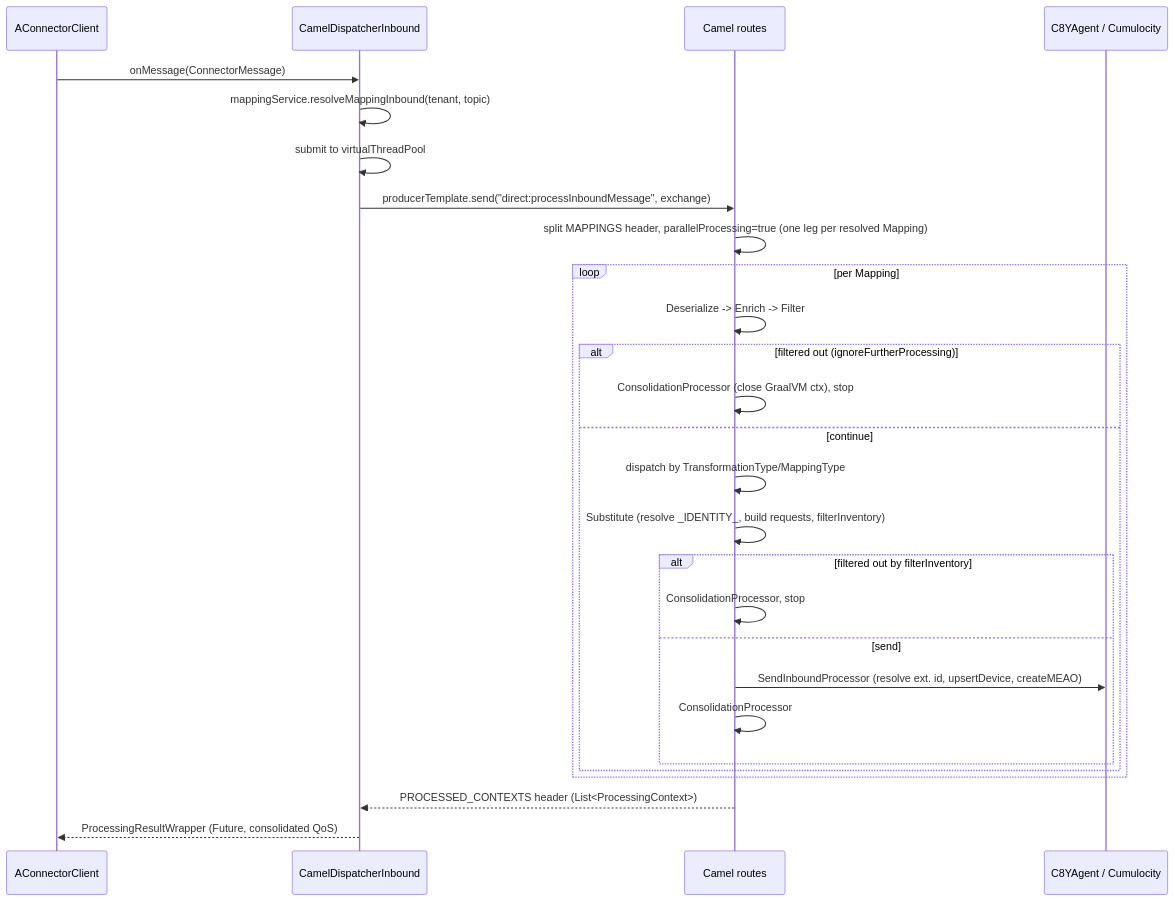
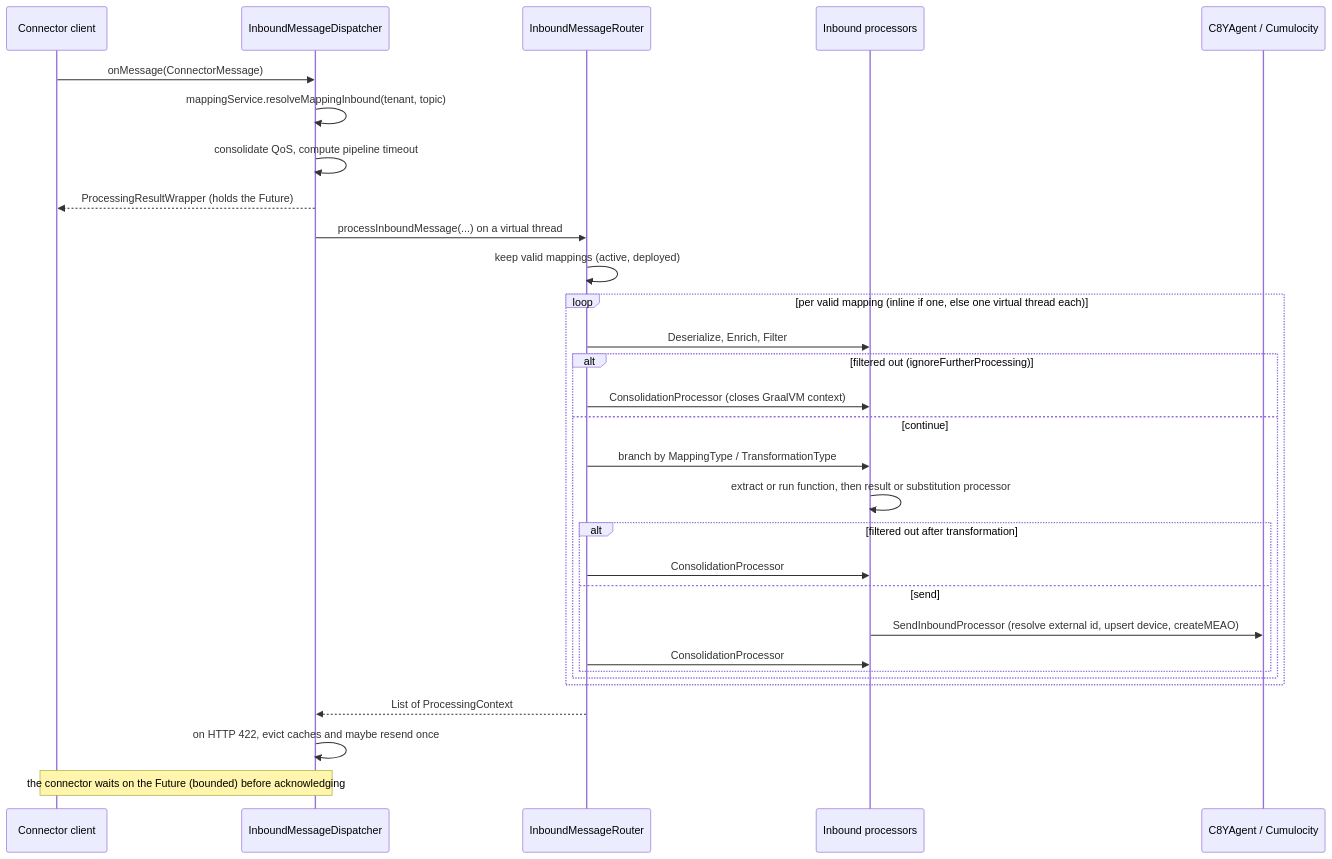
The first of 3 diagrams in docs/feature/mapping-processing-inbound.md (Cumulocity-IoT/cumulocity-dynamic-mapper), drawn with Mermaid before and after one commit. The commit also changed other lines of this file and 12 other files, not shown here.

````diff
--- a/docs/feature/mapping-processing-inbound.md
+++ b/docs/feature/mapping-processing-inbound.md
@@ -58,30 +58,33 @@
 ```mermaid
 sequenceDiagram
-    participant Connector as AConnectorClient
-    participant Dispatcher as CamelDispatcherInbound
-    participant Camel as Camel routes
+    participant Connector as Connector client
+    participant Dispatcher as InboundMessageDispatcher
+    participant Router as InboundMessageRouter
+    participant Proc as Inbound processors
     participant C8Y as C8YAgent / Cumulocity
 
     Connector->>Dispatcher: onMessage(ConnectorMessage)
     Dispatcher->>Dispatcher: mappingService.resolveMappingInbound(tenant, topic)
-    Dispatcher->>Dispatcher: submit to virtualThreadPool
-    Dispatcher->>Camel: producerTemplate.send("direct:processInboundMessage", exchange)
-    Camel->>Camel: split MAPPINGS header, parallelProcessing=true (one leg per resolved Mapping)
-    loop per Mapping
-        Camel->>Camel: Deserialize -> Enrich -> Filter
+    Dispatcher->>Dispatcher: consolidate QoS, compute pipeline timeout
+    Dispatcher-->>Connector: ProcessingResultWrapper (holds the Future)
+    Dispatcher->>Router: processInboundMessage(...) on a virtual thread
+    Router->>Router: keep valid mappings (active, deployed)
+    loop per valid mapping (inline if one, else one virtual thread each)
+        Router->>Proc: Deserialize, Enrich, Filter
         alt filtered out (ignoreFurtherProcessing)
-            Camel->>Camel: ConsolidationProcessor (close GraalVM ctx), stop
+            Router->>Proc: ConsolidationProcessor (closes GraalVM context)
         else continue
-            Camel->>Camel: dispatch by TransformationType/MappingType
-            Camel->>Camel: Substitute (resolve _IDENTITY_, build requests, filterInventory)
-            alt filtered out by filterInventory
-                Camel->>Camel: ConsolidationProcessor, stop
+            Router->>Proc: branch by MappingType / TransformationType
+            Proc->>Proc: extract or run function, then result or substitution processor
+            alt filtered out after transformation
+                Router->>Proc: ConsolidationProcessor
             else send
-                Camel->>C8Y: SendInboundProcessor (resolve ext. id, upsertDevice, createMEAO)
-                Camel->>Camel: ConsolidationProcessor
+                Proc->>C8Y: SendInboundProcessor (resolve external id, upsert device, createMEAO)
+                Router->>Proc: ConsolidationProcessor
             end
         end
     end
-    Camel-->>Dispatcher: PROCESSED_CONTEXTS header (List<ProcessingContext>)
-    Dispatcher-->>Connector: ProcessingResultWrapper (Future, consolidated QoS)
+    Router-->>Dispatcher: List of ProcessingContext
+    Dispatcher->>Dispatcher: on HTTP 422, evict caches and maybe resend once
+    Note over Connector,Dispatcher: the connector waits on the Future (bounded) before acknowledging
 ```
````
